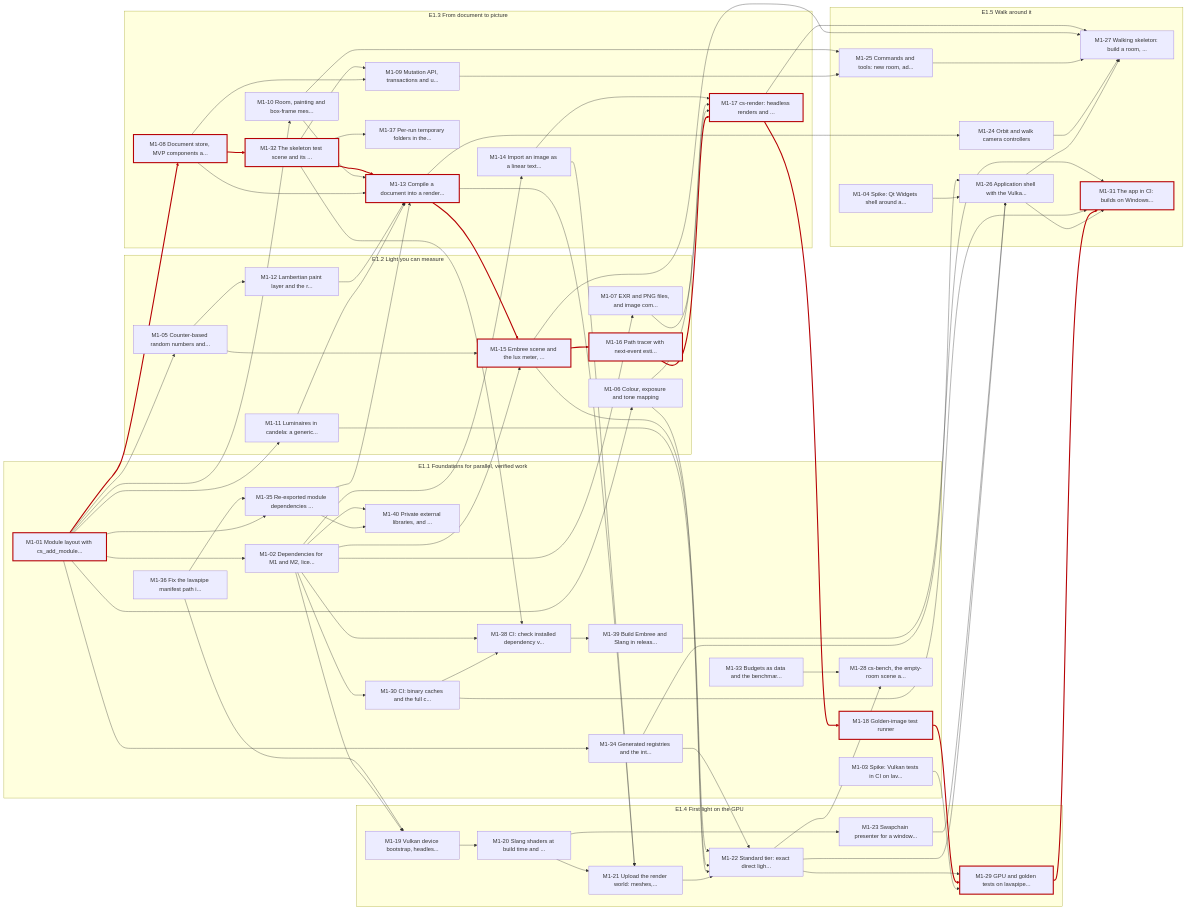
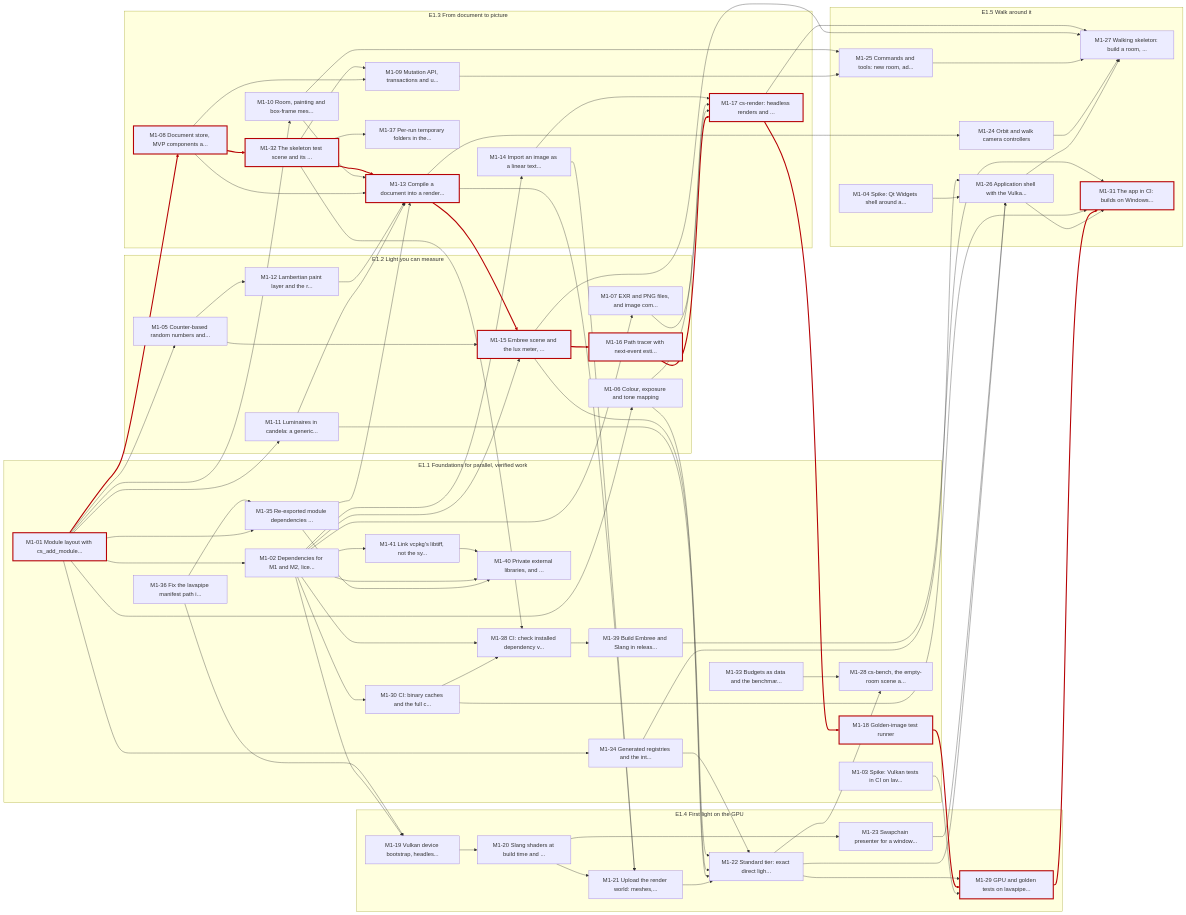
One commit to groundbeeflover/curation_sandbox changed the second of 3 diagrams in docs/roadmap.md. Above: the diagram before and after it, drawn with Mermaid. The commit also changed other lines of this file and 1 other file, not shown here.

First line of the commit message:
File M1-41: link vcpkg's libtiff, not the system's (#129)

```diff
--- a/docs/roadmap.md
+++ b/docs/roadmap.md
@@ -214,6 +215,7 @@
     M1_38["M1-38 CI: check installed dependency v..."]
     M1_39["M1-39 Build Embree and Slang in releas..."]
     M1_40["M1-40 Private external libraries, and ..."]
+    M1_41["M1-41 Link vcpkg's libtiff, not the sy..."]
   end
   subgraph E1_2["E1.2 Light you can measure"]
     M1_05["M1-05 Counter-based random numbers and..."]
@@ -321,6 +323,8 @@
   M1_38 --> M1_39
   M1_35 --> M1_40
   M1_02 --> M1_40
+  M1_41 --> M1_40
+  M1_02 --> M1_41
   classDef crit stroke:#b60205,stroke-width:3px
   class M1_01,M1_08,M1_32,M1_13,M1_15,M1_16,M1_17,M1_18,M1_29,M1_31 crit
   linkStyle 4,14,17,20,21,25,53,57,60 stroke:#b60205,stroke-width:3px
```
